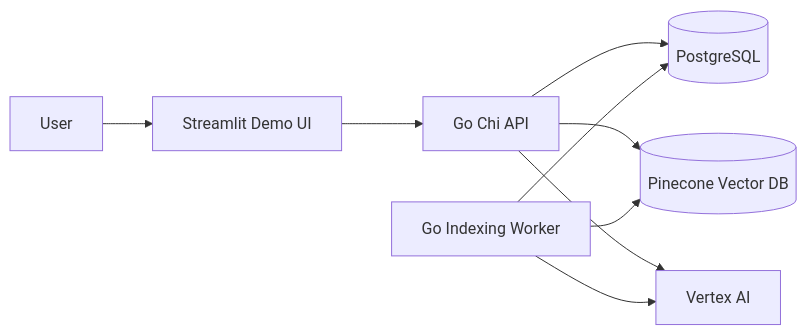
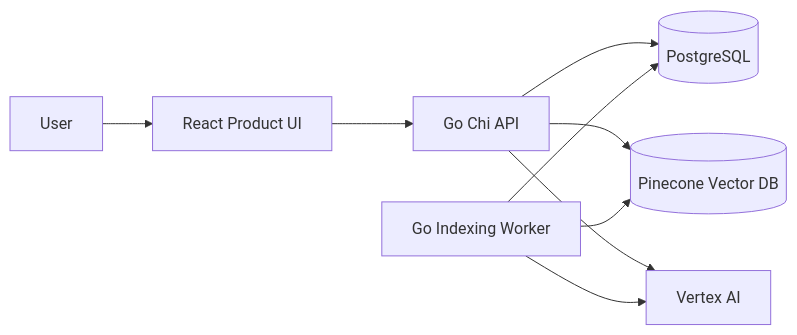
One commit to tarunngusain08/knowledge-forge changed the first of 5 diagrams in docs/02-hld-component-design.md. Above: the diagram before and after it, drawn with Mermaid. The commit also changed other lines of this file and 13 other files, not shown here.

````diff
--- a/docs/02-hld-component-design.md
+++ b/docs/02-hld-component-design.md
@@ -9,11 +10,11 @@
 ```mermaid
 flowchart LR
-  User[User] --> UI[Streamlit Demo UI]
+  User[User] --> UI[React Product UI]
   UI --> API[Go Chi API]
   API --> PG[(PostgreSQL)]
   API --> Pinecone[(Pinecone Vector DB)]
   API --> Vertex[Vertex AI]
   Worker[Go Indexing Worker] --> PG
   Worker --> Pinecone
   Worker --> Vertex
 ```
````
